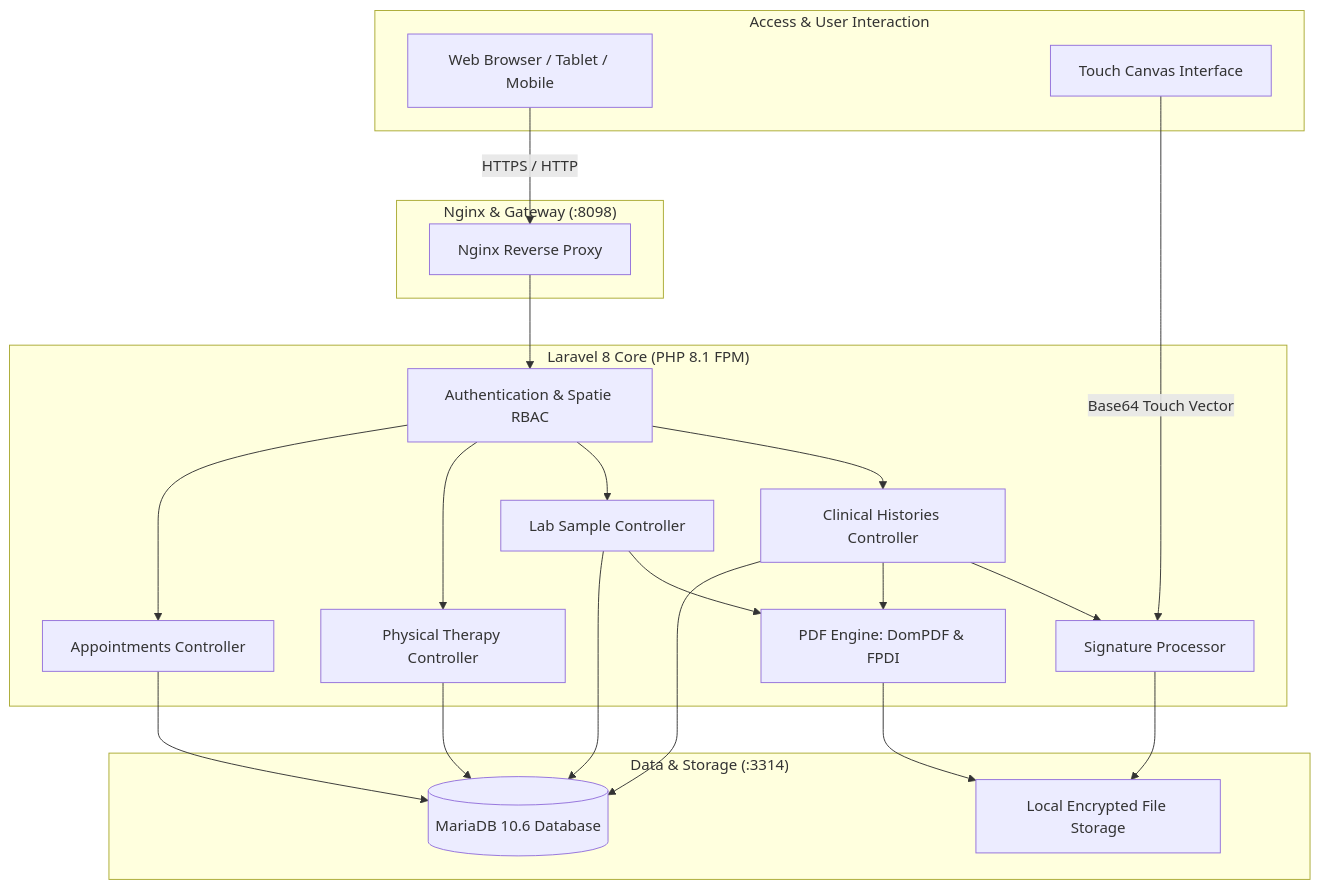
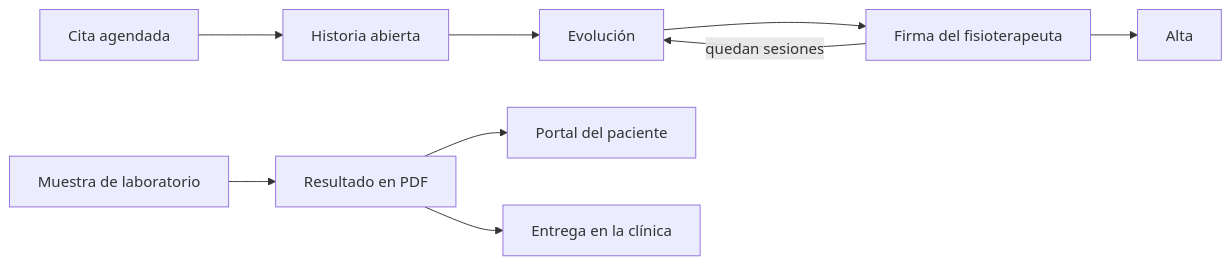
The diagram in README.md (KevinAndrey96/laravel-zerbit-ehr-clinical-platform), drawn with Mermaid before and after one commit. The commit also changed other lines of this file and 331 other files, not shown here.

First line of the commit message:
feat: rebuild Zerbit as a Laravel 13 clinical records platform

````diff
--- a/README.md
+++ b/README.md
@@ -29,39 +78,11 @@
 ```mermaid
-flowchart TD
-    subgraph ClientLayer ["Access & User Interaction"]
-        A[Web Browser / Tablet / Mobile]
-        B[Touch Canvas Interface]
-    end
-
-    subgraph GatewayLayer ["Nginx & Gateway (:8098)"]
-        C[Nginx Reverse Proxy]
-    end
-
-    subgraph AppLayer ["Laravel 8 Core (PHP 8.1 FPM)"]
-        D[Authentication & Spatie RBAC]
-        E[Clinical Histories Controller]
-        F[Lab Sample Controller]
-        G[Physical Therapy Controller]
-        H[Appointments Controller]
-        I[Signature Processor]
-        J[PDF Engine: DomPDF & FPDI]
-    end
-
-    subgraph DataLayer ["Data & Storage (:3314)"]
-        K[(MariaDB 10.6 Database)]
-        L[Local Encrypted File Storage]
-    end
-
-    A -->|HTTPS / HTTP| C
-    B -->|Base64 Touch Vector| I
-    C --> D
-    D --> E
-    D --> F
-    D --> G
-    D --> H
-    E --> I
-    F --> J
-    E --> J
-    E & F & G & H --> K
-    I & J --> L
+flowchart LR
+    A[Cita agendada] --> H[Historia abierta]
+    H --> E[Evolución]
+    E --> F[Firma del fisioterapeuta]
+    F -->|quedan sesiones| E
+    F --> D[Alta]
+    L[Muestra de laboratorio] --> R[Resultado en PDF]
+    R --> P[Portal del paciente]
+    R --> C[Entrega en la clínica]
 ```
````
